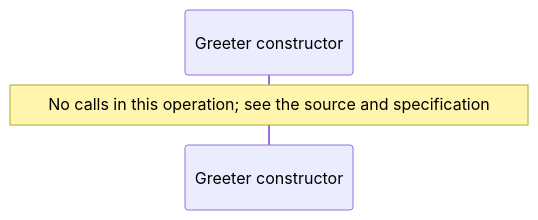
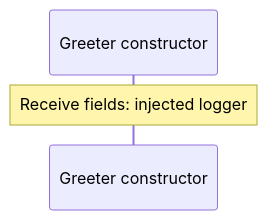
Before and after one commit to GreenPandaStudios/augscript: the third of 5 diagrams in docs/examples/hello/app/greeter-diagrams.md, drawn with Mermaid. The commit also changed other lines of this file and 289 other files, not shown here.

Commit message:
Correct diagram control flow and complete generated wiki navigation

````diff
--- a/docs/examples/hello/app/greeter-diagrams.md
+++ b/docs/examples/hello/app/greeter-diagrams.md
@@ -52,6 +52,6 @@
 ```mermaid
 sequenceDiagram
     participant p0 as Greeter constructor
 
-    Note over p0: No calls in this operation#59; see the source and specification
+    Note over p0: Receive fields: injected logger
 ```
````
